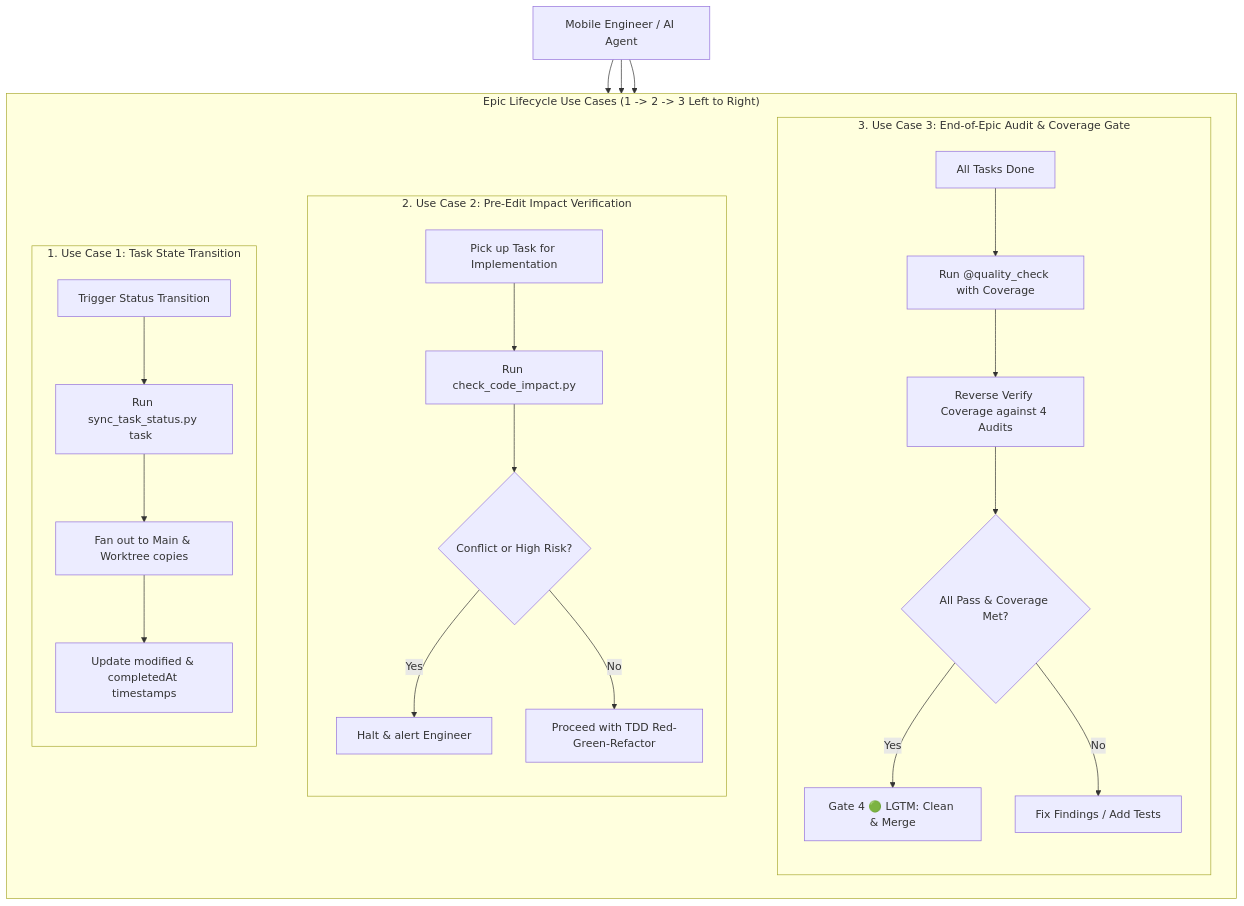
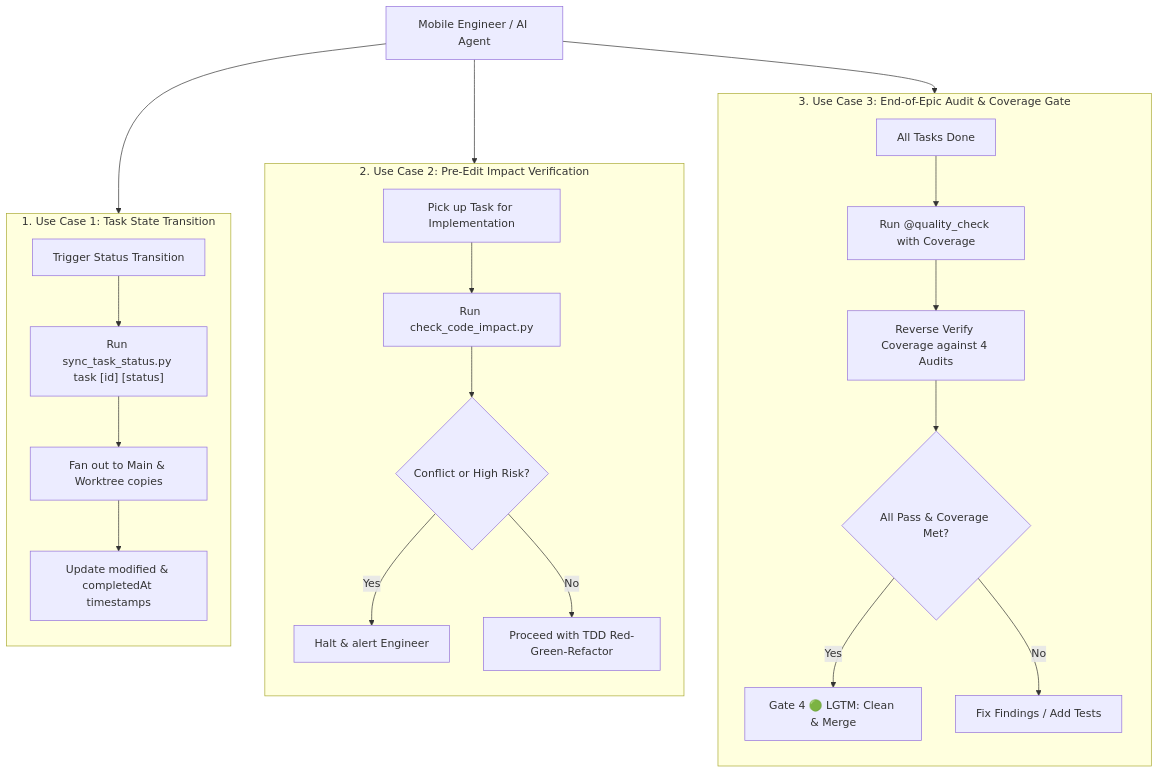
The second of 7 diagrams in .devtool/epic/kanban_sync_impact_analysis/kanban_sync_impact_analysis.en.md (DanhDue/ai-agent-tools), drawn with Mermaid before and after one commit. The commit also changed 1 other file, not shown here.

Commit message:
[EPIC_DESIGNER] Align Use Cases tops and remove outer container
- Remove outer subgraph wrapper from Use Cases Flowchart
- Align top borders of UC1, UC2, and UC3 horizontally
- Synchronize changes across English and Vietnamese HLDs

````diff
--- a/.devtool/epic/kanban_sync_impact_analysis/kanban_sync_impact_analysis.en.md
+++ b/.devtool/epic/kanban_sync_impact_analysis/kanban_sync_impact_analysis.en.md
@@ -81,37 +81,32 @@
 ```mermaid
 flowchart TB
     ACTOR["Mobile Engineer / AI Agent"]
-    
-    subgraph USE_CASES["Epic Lifecycle Use Cases (1 -> 2 -> 3 Left to Right)"]
-        direction LR
-        subgraph UC1["1. Use Case 1: Task State Transition"]
-            direction TB
-            UC1_START["Trigger Status Transition"] --> UC1_EXEC["Run sync_task_status.py task <id> <status>"]
-            UC1_EXEC --> UC1_FANOUT["Fan out to Main & Worktree copies"]
-            UC1_FANOUT --> UC1_TIME["Update modified & completedAt timestamps"]
-        end
 
-        subgraph UC2["2. Use Case 2: Pre-Edit Impact Verification"]
-            direction TB
-            UC2_START["Pick up Task for Implementation"] --> UC2_CHECK["Run check_code_impact.py"]
-            UC2_CHECK --> UC2_VERIFY{"Conflict or High Risk?"}
-            UC2_VERIFY -->|Yes| UC2_HALT["Halt & alert Engineer"]
-            UC2_VERIFY -->|No| UC2_CONT["Proceed with TDD Red-Green-Refactor"]
-        end
+    subgraph UC3["3. Use Case 3: End-of-Epic Audit & Coverage Gate"]
+        direction TB
+        UC3_START["All Tasks Done"] --> UC3_RUN["Run @quality_check with Coverage"]
+        UC3_RUN --> UC3_REVERSE["Reverse Verify Coverage against 4 Audits"]
+        UC3_REVERSE --> UC3_GATE{"All Pass & Coverage Met?"}
+        UC3_GATE -->|Yes| UC3_MERGE["Gate 4 🟢 LGTM: Clean & Merge"]
+        UC3_GATE -->|No| UC3_FAIL["Fix Findings / Add Tests"]
+    end
 
-        subgraph UC3["3. Use Case 3: End-of-Epic Audit & Coverage Gate"]
-            direction TB
-            UC3_START["All Tasks Done"] --> UC3_RUN["Run @quality_check with Coverage"]
-            UC3_RUN --> UC3_REVERSE["Reverse Verify Coverage against 4 Audits"]
-            UC3_REVERSE --> UC3_GATE{"All Pass & Coverage Met?"}
-            UC3_GATE -->|Yes| UC3_MERGE["Gate 4 🟢 LGTM: Clean & Merge"]
-            UC3_GATE -->|No| UC3_FAIL["Fix Findings / Add Tests"]
-        end
+    subgraph UC2["2. Use Case 2: Pre-Edit Impact Verification"]
+        direction TB
+        UC2_START["Pick up Task for Implementation"] --> UC2_CHECK["Run check_code_impact.py"]
+        UC2_CHECK --> UC2_VERIFY{"Conflict or High Risk?"}
+        UC2_VERIFY -->|Yes| UC2_HALT["Halt & alert Engineer"]
+        UC2_VERIFY -->|No| UC2_CONT["Proceed with TDD Red-Green-Refactor"]
+    end
 
-        UC1 ~~~ UC2 ~~~ UC3
+    subgraph UC1["1. Use Case 1: Task State Transition"]
+        direction TB
+        UC1_START["Trigger Status Transition"] --> UC1_EXEC["Run sync_task_status.py task [id] [status]"]
+        UC1_EXEC --> UC1_FANOUT["Fan out to Main & Worktree copies"]
+        UC1_FANOUT --> UC1_TIME["Update modified & completedAt timestamps"]
     end
 
     ACTOR --> UC1_START
     ACTOR --> UC2_START
     ACTOR --> UC3_START
 ```
````
